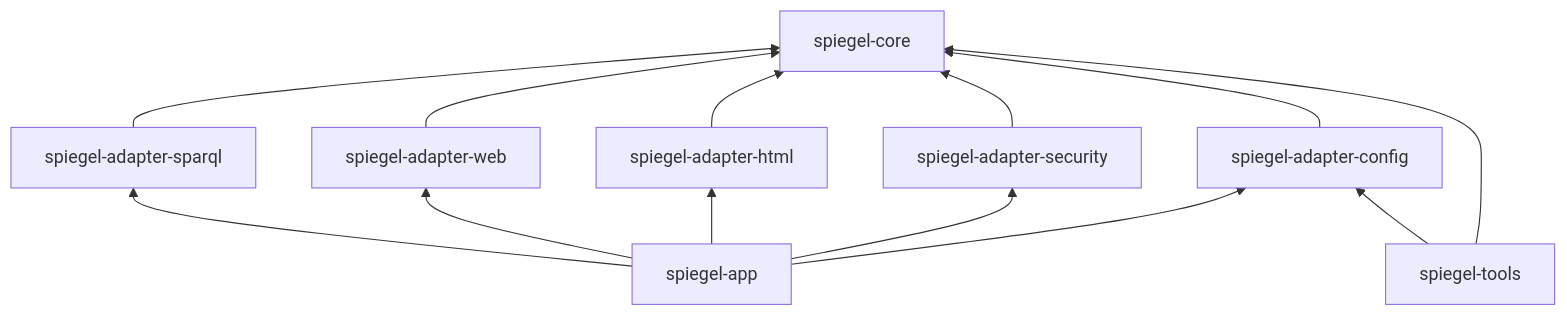
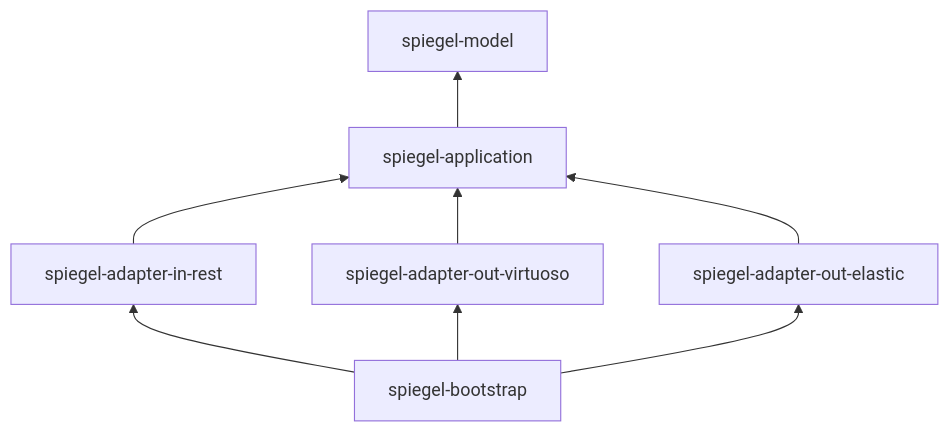
The diagram in docs/analysis/05-architecture/module-structure.md (milieuinfo/SPieGeL), drawn with Mermaid before and after one commit. The commit also changed other lines of this file and 38 other files, not shown here.

````diff
--- a/docs/analysis/05-architecture/module-structure.md
+++ b/docs/analysis/05-architecture/module-structure.md
@@ -20,11 +32,9 @@
 ```mermaid
 flowchart BT
-    core[spiegel-core]
-    sparql[spiegel-adapter-sparql] --> core
-    web[spiegel-adapter-web] --> core
-    html[spiegel-adapter-html] --> core
-    sec[spiegel-adapter-security] --> core
-    cfg[spiegel-adapter-config] --> core
-    app[spiegel-app] --> sparql & web & html & sec & cfg
-    tools[spiegel-tools] --> core & cfg
+    model[spiegel-model]
+    application[spiegel-application] --> model
+    rest[spiegel-adapter-in-rest] --> application
+    virtuoso[spiegel-adapter-out-virtuoso] --> application
+    elastic[spiegel-adapter-out-elastic] --> application
+    bootstrap[spiegel-bootstrap] --> rest & virtuoso & elastic
 ```
````
